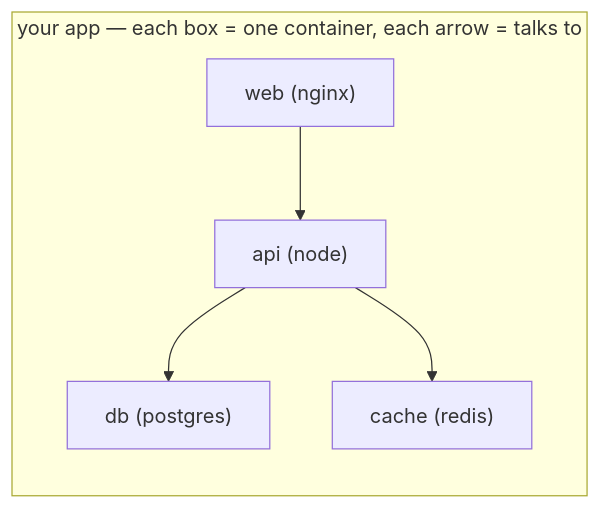
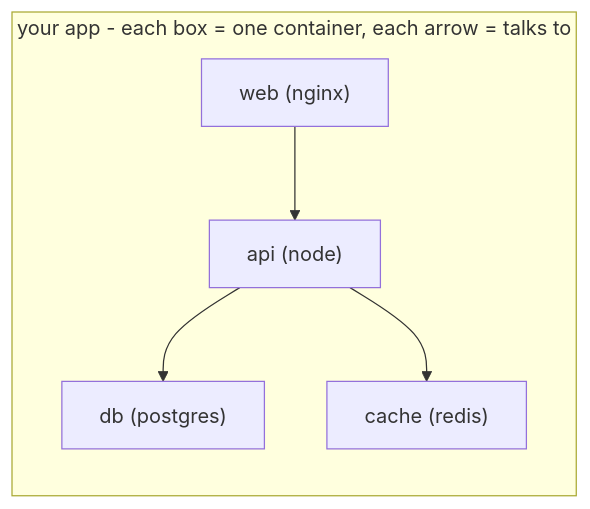
Before and after one commit to Topurrra/themissingmanual: the diagram in guides/infrastructure/docker-compose-for-real-projects/01-why-one-container-isnt-enough.md, drawn with Mermaid. The commit also changed other lines of this file and 1072 other files, not shown here.

````diff
--- a/guides/infrastructure/docker-compose-for-real-projects/01-why-one-container-isnt-enough.md
+++ b/guides/infrastructure/docker-compose-for-real-projects/01-why-one-container-isnt-enough.md
@@ -26,12 +26,12 @@
 ```mermaid
 flowchart LR
-  subgraph App["your app — each box = one container, each arrow = talks to"]
+  subgraph App["your app - each box = one container, each arrow = talks to"]
     web["web (nginx)"]
     api["api (node)"]
     db["db (postgres)"]
     cache["cache (redis)"]
     web --> api
     api --> db
     api --> cache
   end
 ```
````
